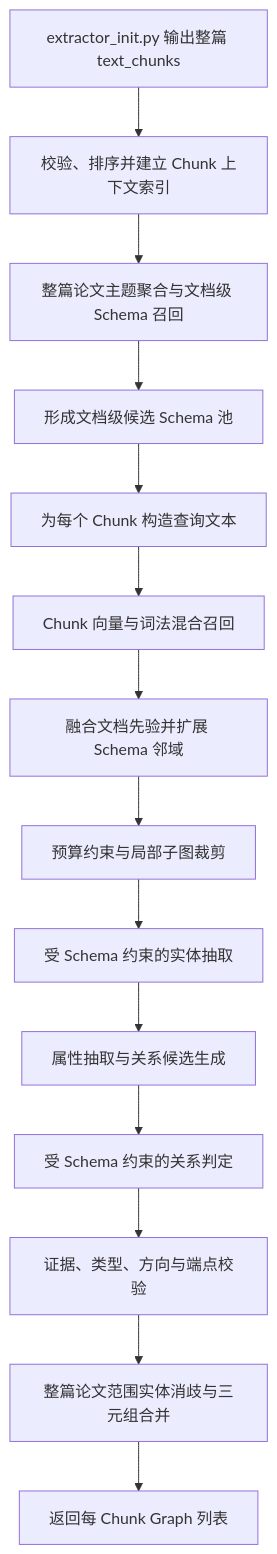
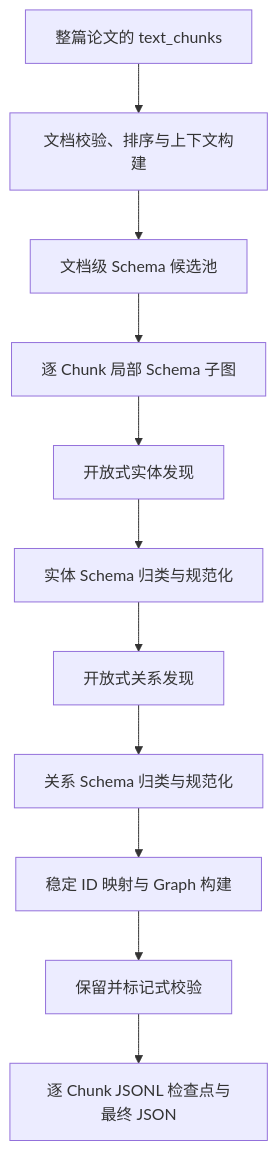
Before and after one commit to nzx3A1/MulTreeMMKG: the diagram in src/extractors/text_extractor/Schema选择与文本三元组抽取算法设计.md, drawn with Mermaid. The commit also changed other lines of this file and 113 other files, not shown here.

Commit message:
完成复杂表格图像嵌入抽取

````diff
--- a/src/extractors/text_extractor/Schema选择与文本三元组抽取算法设计.md
+++ b/src/extractors/text_extractor/Schema选择与文本三元组抽取算法设计.md
@@ -71,16 +24,13 @@
 ```mermaid
 flowchart TD
-    A["extractor_init.py 输出整篇 text_chunks"] --> B["校验、排序并建立 Chunk 上下文索引"]
-    B --> C["整篇论文主题聚合与文档级 Schema 召回"]
-    C --> D["形成文档级候选 Schema 池"]
-    D --> E["为每个 Chunk 构造查询文本"]
-    E --> F["Chunk 向量与词法混合召回"]
-    F --> G["融合文档先验并扩展 Schema 邻域"]
-    G --> H["预算约束与局部子图裁剪"]
-    H --> I["受 Schema 约束的实体抽取"]
-    I --> J["属性抽取与关系候选生成"]
-    J --> K["受 Schema 约束的关系判定"]
-    K --> L["证据、类型、方向与端点校验"]
-    L --> M["整篇论文范围实体消歧与三元组合并"]
-    M --> N["返回每 Chunk Graph 列表"]
+    A[整篇论文的 text_chunks] --> B[文档校验、排序与上下文构建]
+    B --> C[文档级 Schema 候选池]
+    C --> D[逐 Chunk 局部 Schema 子图]
+    D --> E[开放式实体发现]
+    E --> F[实体 Schema 归类与规范化]
+    F --> G[开放式关系发现]
+    G --> H[关系 Schema 归类与规范化]
+    H --> I[稳定 ID 映射与 Graph 构建]
+    I --> J[保留并标记式校验]
+    J --> K[逐 Chunk JSONL 检查点与最终 JSON]
 ```
````
